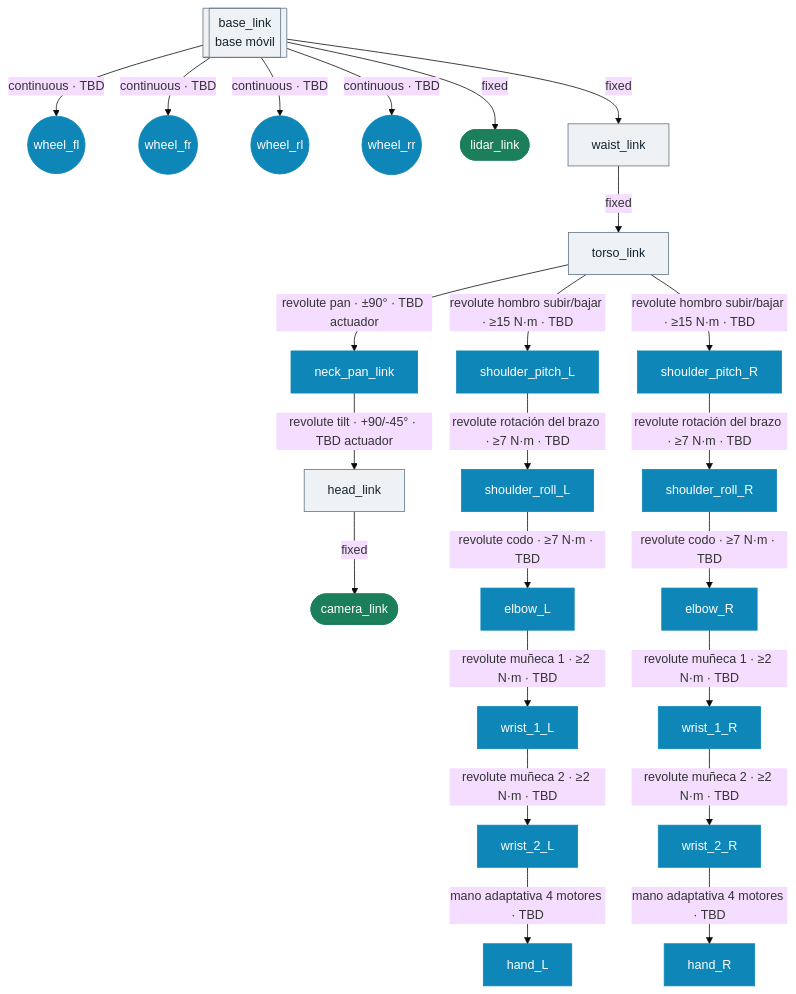
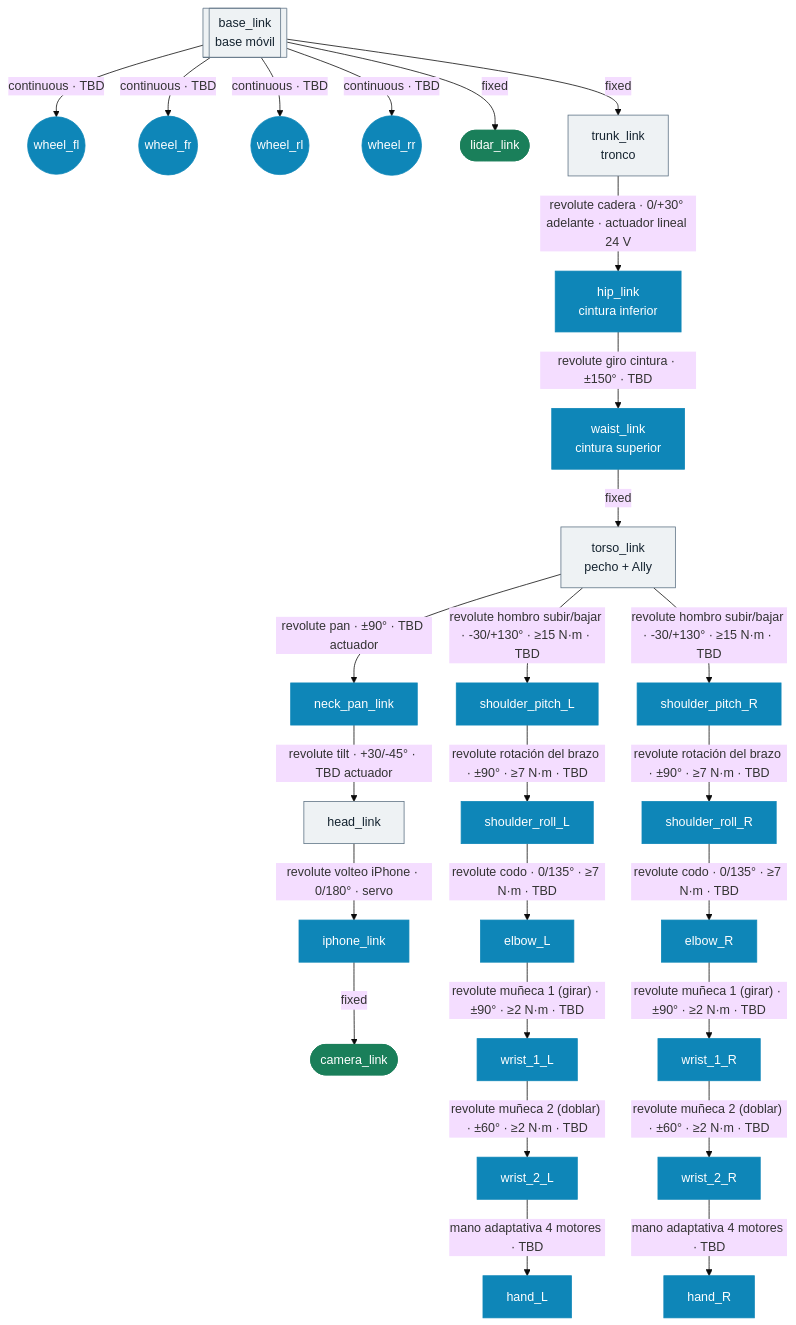
The diagram in docs/CINEMATICA.md (mabm-dev/robot-toreto), drawn with Mermaid (base theme) before and after one commit. The commit also changed other lines of this file and 1 other file, not shown here.

Commit message:
Giros deseados de cada articulación y cadera de 0-30° con actuador lineal; el suelo queda fuera de alcance

````diff
--- a/docs/CINEMATICA.md
+++ b/docs/CINEMATICA.md
@@ -21,57 +21,63 @@
 ```mermaid
 graph TD
     classDef estructura fill:#eef2f4,stroke:#5d7284,color:#152430
     classDef actuador fill:#0e86b8,stroke:#0e86b8,color:#ffffff
     classDef sensor fill:#1a7f5a,stroke:#1a7f5a,color:#ffffff
 
     base[["base_link<br/>base móvil"]]:::estructura
     w1((wheel_fl)):::actuador
     w2((wheel_fr)):::actuador
     w3((wheel_rl)):::actuador
     w4((wheel_rr)):::actuador
     lidar([lidar_link]):::sensor
 
     base -->|"continuous · TBD"| w1
     base -->|"continuous · TBD"| w2
     base -->|"continuous · TBD"| w3
     base -->|"continuous · TBD"| w4
     base -->|fixed| lidar
 
-    waist[waist_link]:::estructura
-    torso[torso_link]:::estructura
-    base -->|fixed| waist
+    trunk[trunk_link<br/>tronco]:::estructura
+    hip[hip_link<br/>cintura inferior]:::actuador
+    waist[waist_link<br/>cintura superior]:::actuador
+    torso[torso_link<br/>pecho + Ally]:::estructura
+    base -->|fixed| trunk
+    trunk -->|"revolute cadera · 0/+30° adelante · actuador lineal 24 V"| hip
+    hip -->|"revolute giro cintura · ±150° · TBD"| waist
     waist -->|fixed| torso
 
     neck_pan[neck_pan_link]:::actuador
     head[head_link]:::estructura
+    phone[iphone_link]:::actuador
     camera([camera_link]):::sensor
     torso -->|"revolute pan · ±90° · TBD actuador"| neck_pan
-    neck_pan -->|"revolute tilt · +90/-45° · TBD actuador"| head
-    head -->|fixed| camera
+    neck_pan -->|"revolute tilt · +30/-45° · TBD actuador"| head
+    head -->|"revolute volteo iPhone · 0/180° · servo"| phone
+    phone -->|fixed| camera
 
     sh_l[shoulder_pitch_L]:::actuador
     shr_l[shoulder_roll_L]:::actuador
     el_l[elbow_L]:::actuador
     wr_l[wrist_1_L]:::actuador
     wr2_l[wrist_2_L]:::actuador
     gr_l[hand_L]:::actuador
-    torso -->|"revolute hombro subir/bajar · ≥15 N·m · TBD"| sh_l
-    sh_l -->|"revolute rotación del brazo · ≥7 N·m · TBD"| shr_l
-    shr_l -->|"revolute codo · ≥7 N·m · TBD"| el_l
-    el_l -->|"revolute muñeca 1 · ≥2 N·m · TBD"| wr_l
-    wr_l -->|"revolute muñeca 2 · ≥2 N·m · TBD"| wr2_l
+    torso -->|"revolute hombro subir/bajar · -30/+130° · ≥15 N·m · TBD"| sh_l
+    sh_l -->|"revolute rotación del brazo · ±90° · ≥7 N·m · TBD"| shr_l
+    shr_l -->|"revolute codo · 0/135° · ≥7 N·m · TBD"| el_l
+    el_l -->|"revolute muñeca 1 (girar) · ±90° · ≥2 N·m · TBD"| wr_l
+    wr_l -->|"revolute muñeca 2 (doblar) · ±60° · ≥2 N·m · TBD"| wr2_l
     wr2_l -->|"mano adaptativa 4 motores · TBD"| gr_l
 
     sh_r[shoulder_pitch_R]:::actuador
     shr_r[shoulder_roll_R]:::actuador
     el_r[elbow_R]:::actuador
     wr_r[wrist_1_R]:::actuador
     wr2_r[wrist_2_R]:::actuador
     gr_r[hand_R]:::actuador
-    torso -->|"revolute hombro subir/bajar · ≥15 N·m · TBD"| sh_r
-    sh_r -->|"revolute rotación del brazo · ≥7 N·m · TBD"| shr_r
-    shr_r -->|"revolute codo · ≥7 N·m · TBD"| el_r
-    el_r -->|"revolute muñeca 1 · ≥2 N·m · TBD"| wr_r
-    wr_r -->|"revolute muñeca 2 · ≥2 N·m · TBD"| wr2_r
+    torso -->|"revolute hombro subir/bajar · -30/+130° · ≥15 N·m · TBD"| sh_r
+    sh_r -->|"revolute rotación del brazo · ±90° · ≥7 N·m · TBD"| shr_r
+    shr_r -->|"revolute codo · 0/135° · ≥7 N·m · TBD"| el_r
+    el_r -->|"revolute muñeca 1 (girar) · ±90° · ≥2 N·m · TBD"| wr_r
+    wr_r -->|"revolute muñeca 2 (doblar) · ±60° · ≥2 N·m · TBD"| wr2_r
     wr2_r -->|"mano adaptativa 4 motores · TBD"| gr_r
 ```
````
